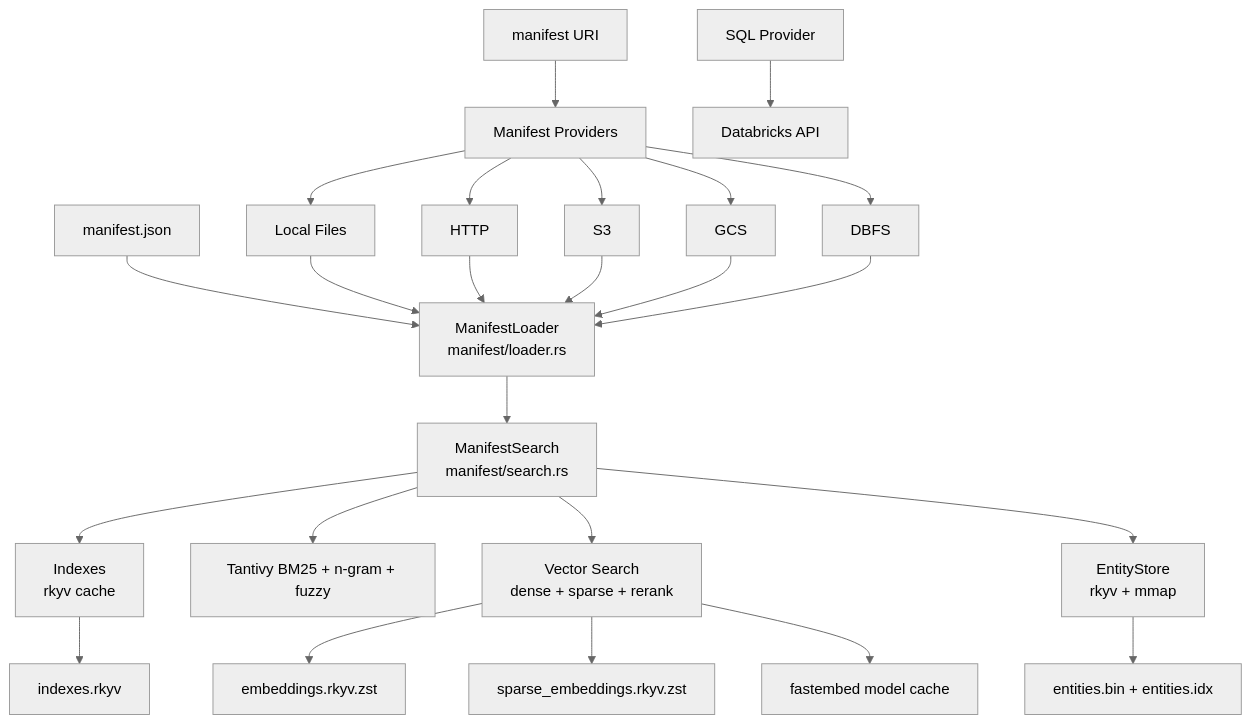
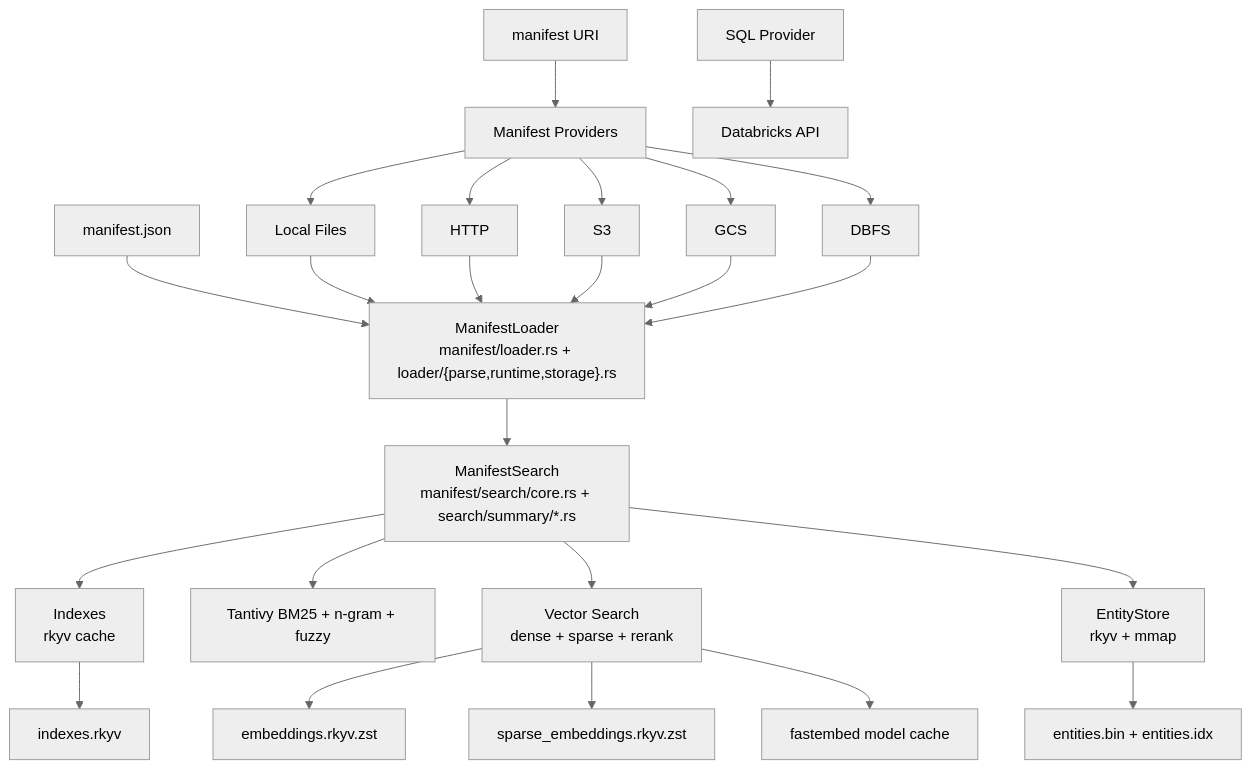
One commit to joe-broadhead/dbt-nova changed the third of 3 diagrams in docs/development/architecture.md. Above: the diagram before and after it, drawn with Mermaid (neutral theme). The commit also changed other lines of this file and 3 other files, not shown here.

````diff
--- a/docs/development/architecture.md
+++ b/docs/development/architecture.md
@@ -86,29 +86,29 @@
 ```mermaid
 flowchart TD
-  M1["manifest.json"] --> L["ManifestLoader<br/>manifest/loader.rs"]
+  M1["manifest.json"] --> L["ManifestLoader<br/>manifest/loader.rs + loader/{parse,runtime,storage}.rs"]
   M2["manifest URI"] --> P["Manifest Providers"]
   P --> PF[Local Files]
   P --> PH[HTTP]
   P --> PS[S3]
   P --> PG[GCS]
   P --> PD[DBFS]
   PF --> L
   PH --> L
   PS --> L
   PG --> L
   PD --> L
 
-  L --> S["ManifestSearch<br/>manifest/search.rs"]
+  L --> S["ManifestSearch<br/>manifest/search/core.rs + search/summary/*.rs"]
   S --> IDX["Indexes<br/>rkyv cache"]
   S --> TANT["Tantivy BM25 + n-gram + fuzzy"]
   S --> VEC["Vector Search<br/>dense + sparse + rerank"]
   S --> STORE["EntityStore<br/>rkyv + mmap"]
 
   STORE --> BIN["entities.bin + entities.idx"]
   IDX --> RK1["indexes.rkyv"]
   VEC --> RK2["embeddings.rkyv.zst"]
   VEC --> RK3["sparse_embeddings.rkyv.zst"]
   VEC --> MODELS["fastembed model cache"]
 
   SQLP["SQL Provider"] --> DBX["Databricks API"]
 ```
````
